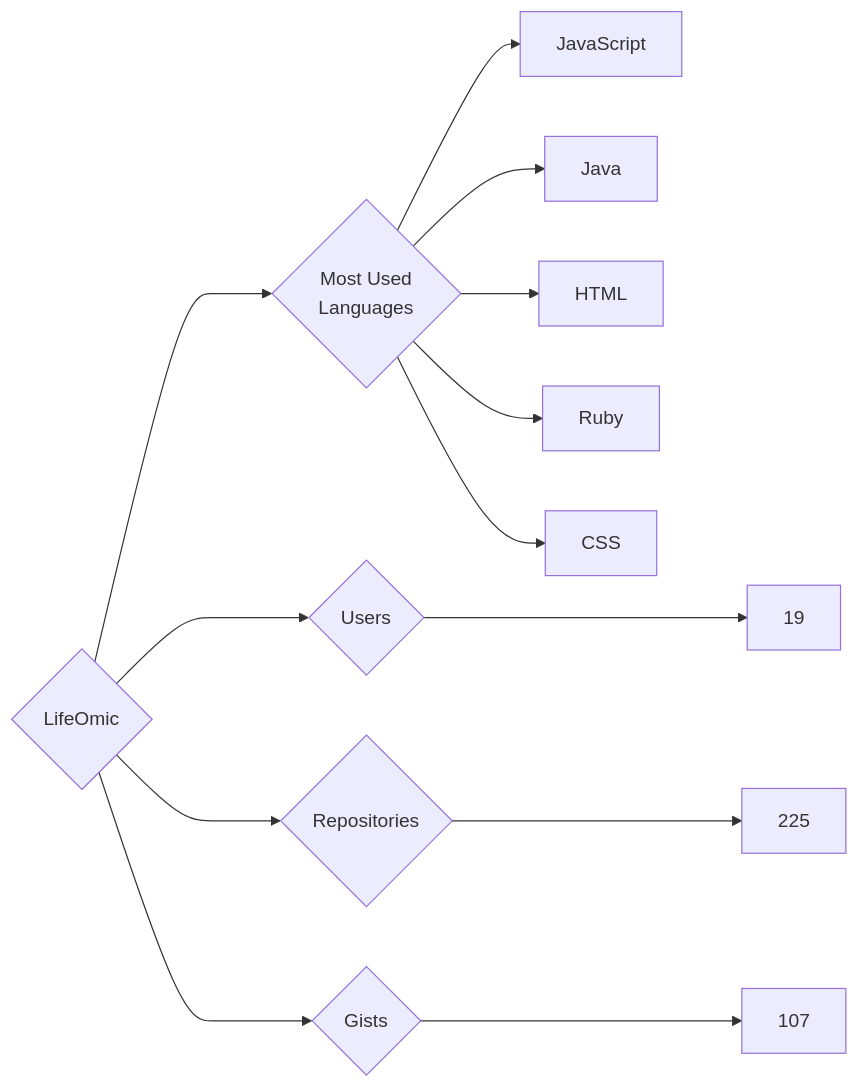
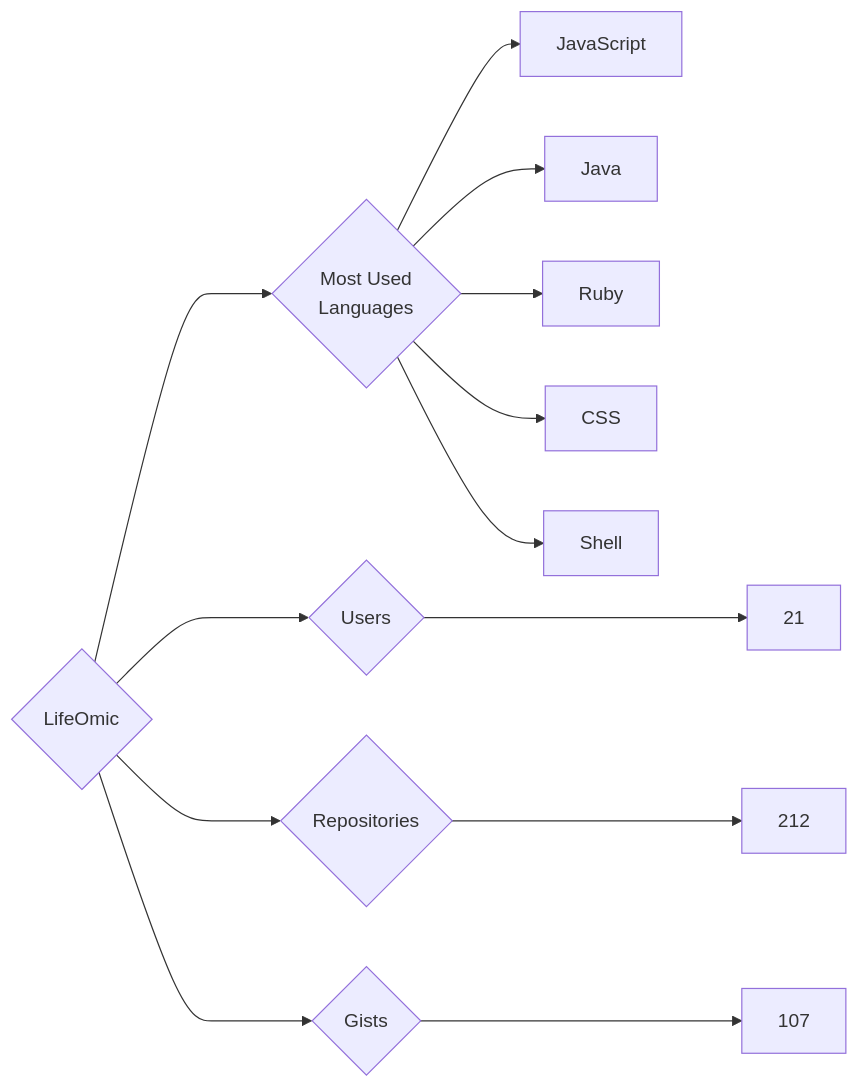
The diagram in targets/LifeOmic/README.md (trickest/insiders), drawn with Mermaid before and after one commit. The commit also changed 951 other files, not shown here.

````diff
--- a/targets/LifeOmic/README.md
+++ b/targets/LifeOmic/README.md
@@ -3,13 +3,13 @@
 ```mermaid
 graph LR
 COMPANY_NAME{LifeOmic}
-COMPANY_NAME ---> U{Users} ---> UN[19]
-COMPANY_NAME ---> R{Repositories} ---> RN[225]
+COMPANY_NAME ---> U{Users} ---> UN[21]
+COMPANY_NAME ---> R{Repositories} ---> RN[212]
 COMPANY_NAME ---> G{Gists} ---> GN[107]
 COMPANY_NAME ---> ML{Most Used<br>Languages}
 ML --> JavaScript[JavaScript]
 ML --> Java[Java]
-ML --> HTML[HTML]
 ML --> Ruby[Ruby]
 ML --> CSS[CSS]
+ML --> Shell[Shell]
 ```
````
